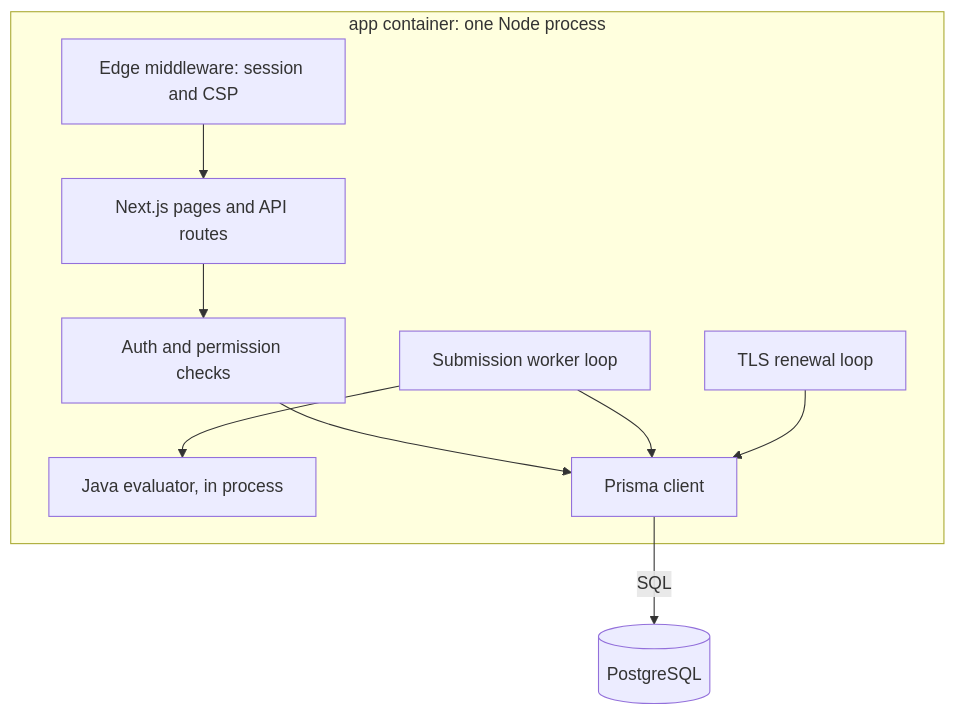
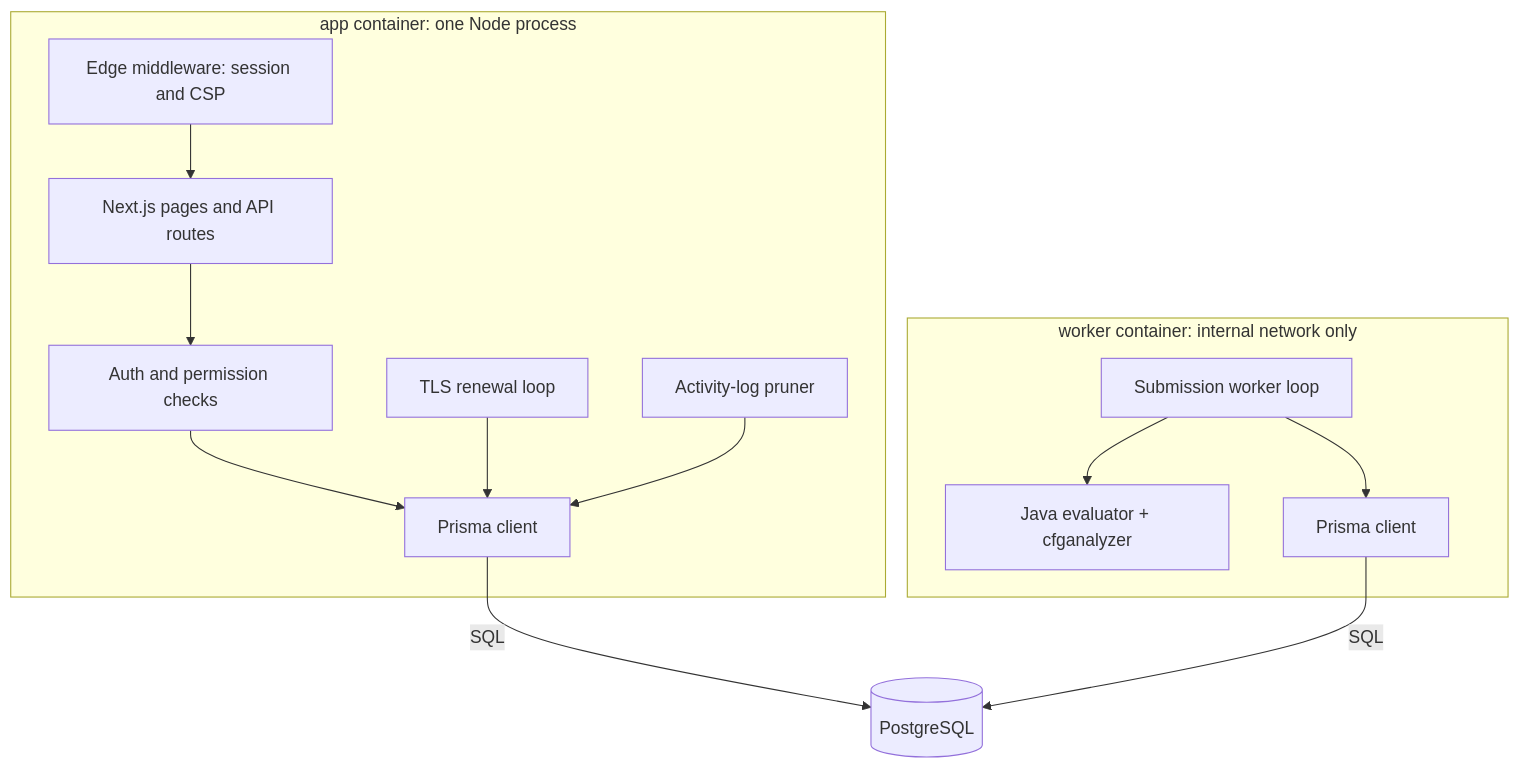
The third of 8 diagrams in docs-site/docs/reference/system-architecture.md (PennStateCS/AFCT), drawn with Mermaid before and after one commit. The commit also changed other lines of this file and 8 other files, not shown here.

First line of the commit message:
feat(security): isolate the submission evaluator in a network-jailed worker container

````diff
--- a/docs-site/docs/reference/system-architecture.md
+++ b/docs-site/docs/reference/system-architecture.md
@@ -93,18 +104,25 @@
 ```mermaid
 graph TD
     subgraph Container[app container: one Node process]
         Edge[Edge middleware: session and CSP]
         Routes[Next.js pages and API routes]
         Auth[Auth and permission checks]
-        Worker[Submission worker loop]
-        Eval[Java evaluator, in process]
         Renew[TLS renewal loop]
+        Prune[Activity-log pruner]
         Prisma[Prisma client]
     end
 
+    subgraph WContainer[worker container: internal network only]
+        Worker[Submission worker loop]
+        Eval[Java evaluator + cfganalyzer]
+        WPrisma[Prisma client]
+    end
+
     Edge --> Routes --> Auth --> Prisma
+    Renew --> Prisma
+    Prune --> Prisma
     Worker --> Eval
-    Worker --> Prisma
-    Renew --> Prisma
+    Worker --> WPrisma
     Prisma -->|SQL| DB[(PostgreSQL)]
+    WPrisma -->|SQL| DB
 ```
````
